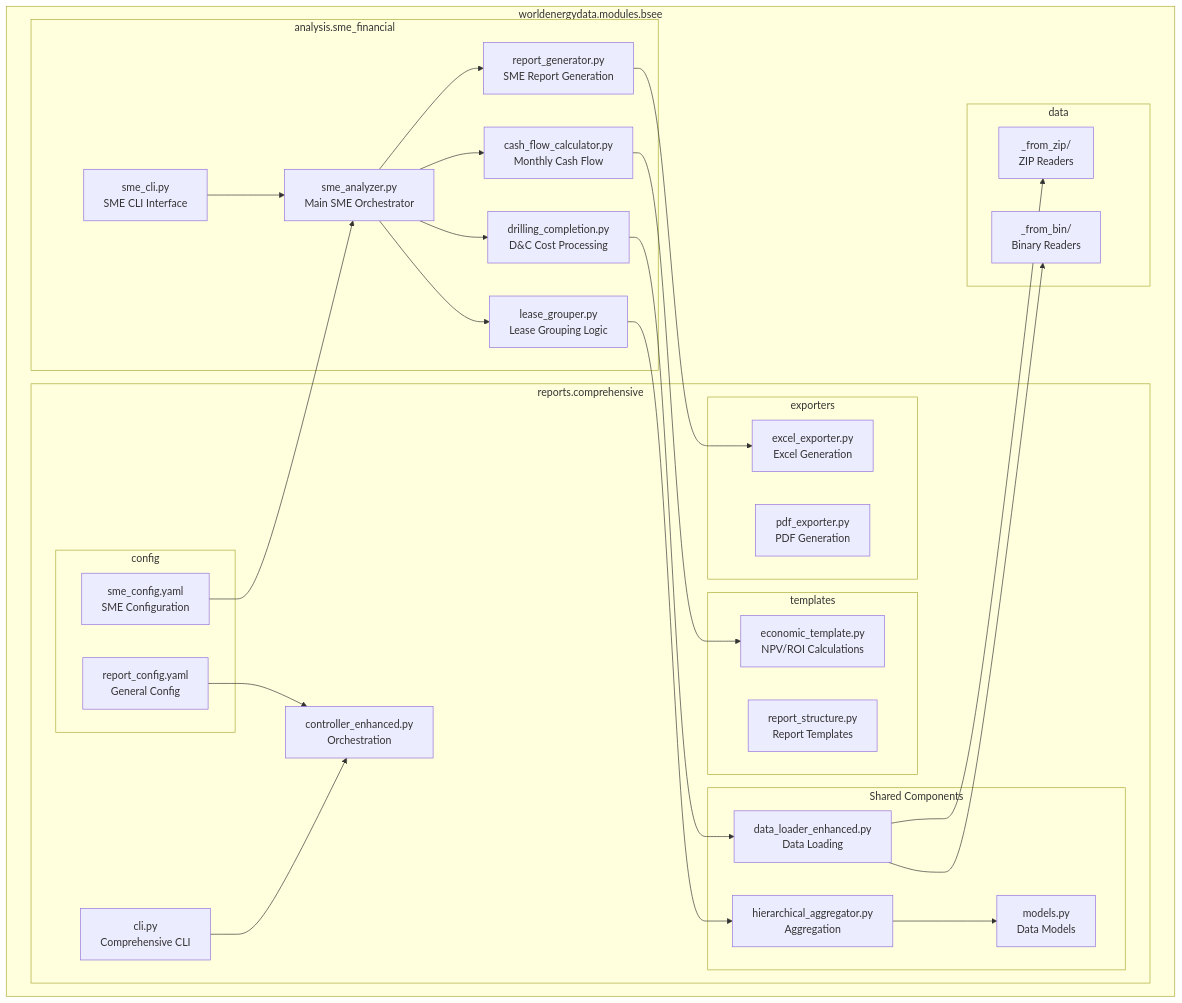
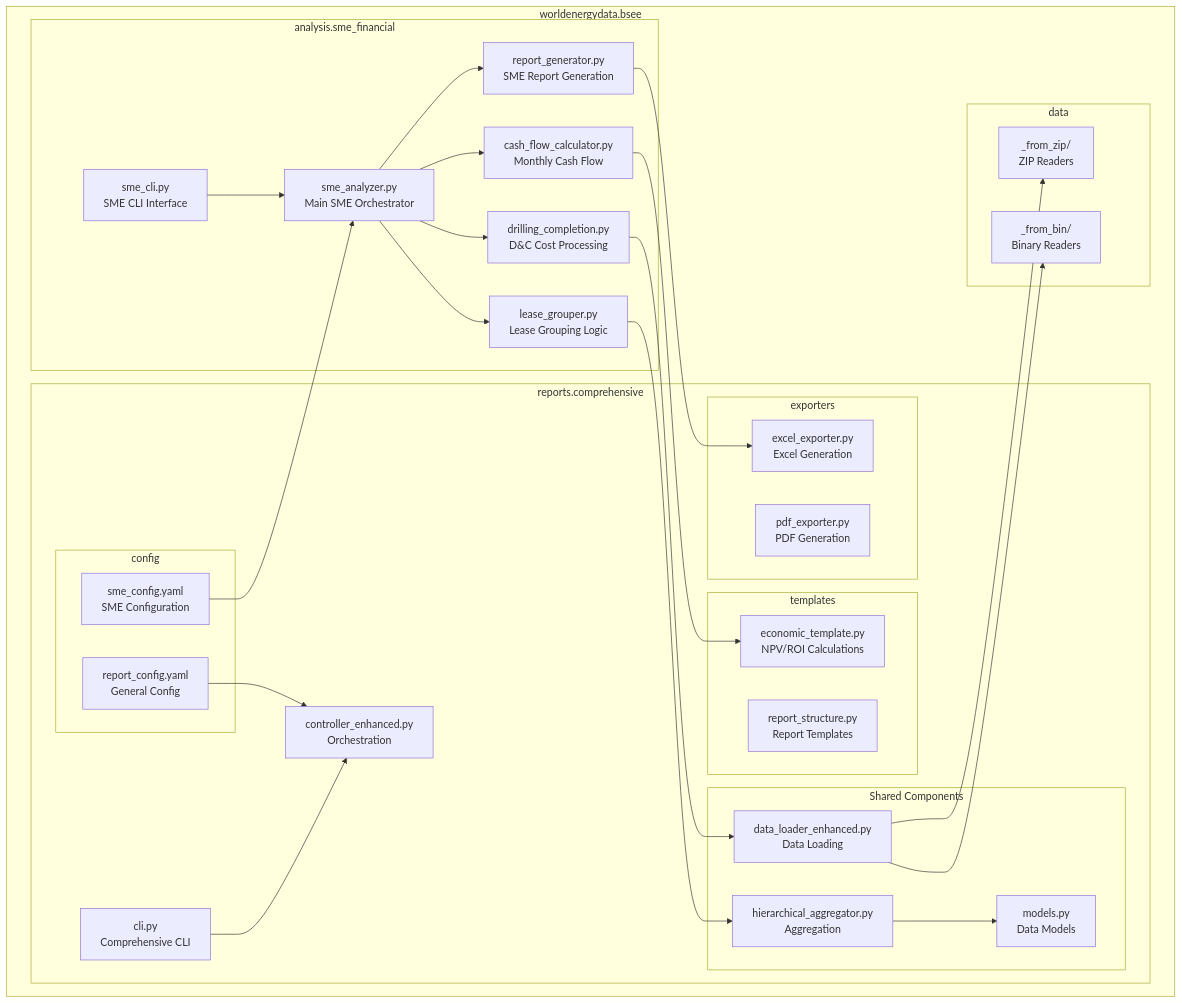
The first of 5 diagrams in tests/modules/bsee/analysis/financial-analysis-sme-code/results/module_hierarchy.md (vamseeachanta/worldenergydata), drawn with Mermaid before and after one commit. The commit also changed 1127 other files, not shown here.

First line of the commit message:
refactor(WRK-096): flatten module structure — worldenergydata.modules.X → worldenergydata.X

````diff
--- a/tests/modules/bsee/analysis/financial-analysis-sme-code/results/module_hierarchy.md
+++ b/tests/modules/bsee/analysis/financial-analysis-sme-code/results/module_hierarchy.md
@@ -9,63 +9,63 @@
 ```mermaid
 graph TB
-    subgraph "worldenergydata.modules.bsee"
+    subgraph "worldenergydata.bsee"
         subgraph "analysis.sme_financial"
             C[sme_analyzer.py<br/>Main SME Orchestrator]
             D[lease_grouper.py<br/>Lease Grouping Logic]
             E[drilling_completion.py<br/>D&C Cost Processing]
             F[cash_flow_calculator.py<br/>Monthly Cash Flow]
             R[report_generator.py<br/>SME Report Generation]
             S[sme_cli.py<br/>SME CLI Interface]
         end
         
         subgraph "reports.comprehensive"
             A[cli.py<br/>Comprehensive CLI]
             B[controller_enhanced.py<br/>Orchestration]
             
             subgraph "Shared Components"
                 G[data_loader_enhanced.py<br/>Data Loading]
                 H[hierarchical_aggregator.py<br/>Aggregation]
                 I[models.py<br/>Data Models]
             end
             
             subgraph "templates"
                 J[economic_template.py<br/>NPV/ROI Calculations]
                 K[report_structure.py<br/>Report Templates]
             end
             
             subgraph "exporters"
                 L[excel_exporter.py<br/>Excel Generation]
                 M[pdf_exporter.py<br/>PDF Generation]
             end
             
             subgraph "config"
                 N[sme_config.yaml<br/>SME Configuration]
                 O[report_config.yaml<br/>General Config]
             end
         end
         
         subgraph "data"
             P[_from_bin/<br/>Binary Readers]
             Q[_from_zip/<br/>ZIP Readers]
         end
     end
     
     %% Relationships - SME imports from Comprehensive
     S --> C
     C --> D
     C --> E
     C --> F
     C --> R
     D --> H
     E --> G
     F --> J
     R --> L
     G --> P
     G --> Q
     H --> I
     N --> C
     
     %% Separate CLI paths
     A --> B
     O --> B
 ```
````
